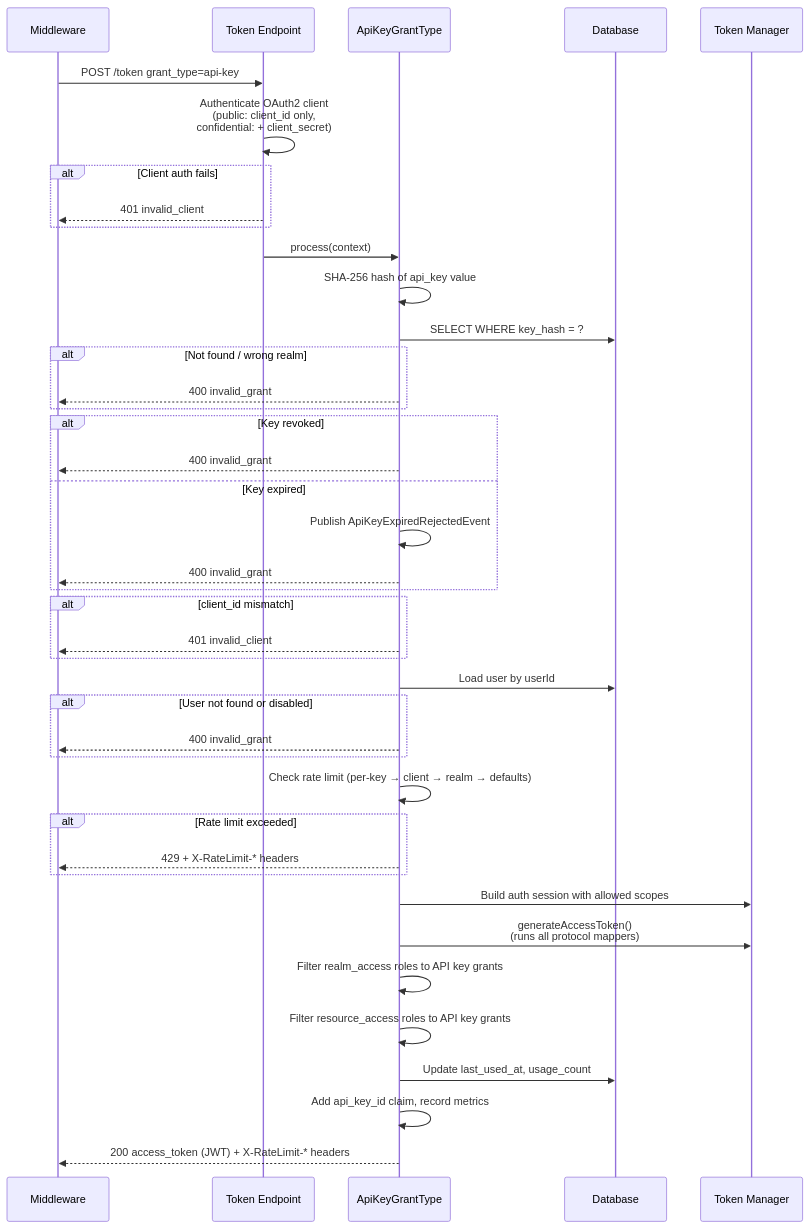
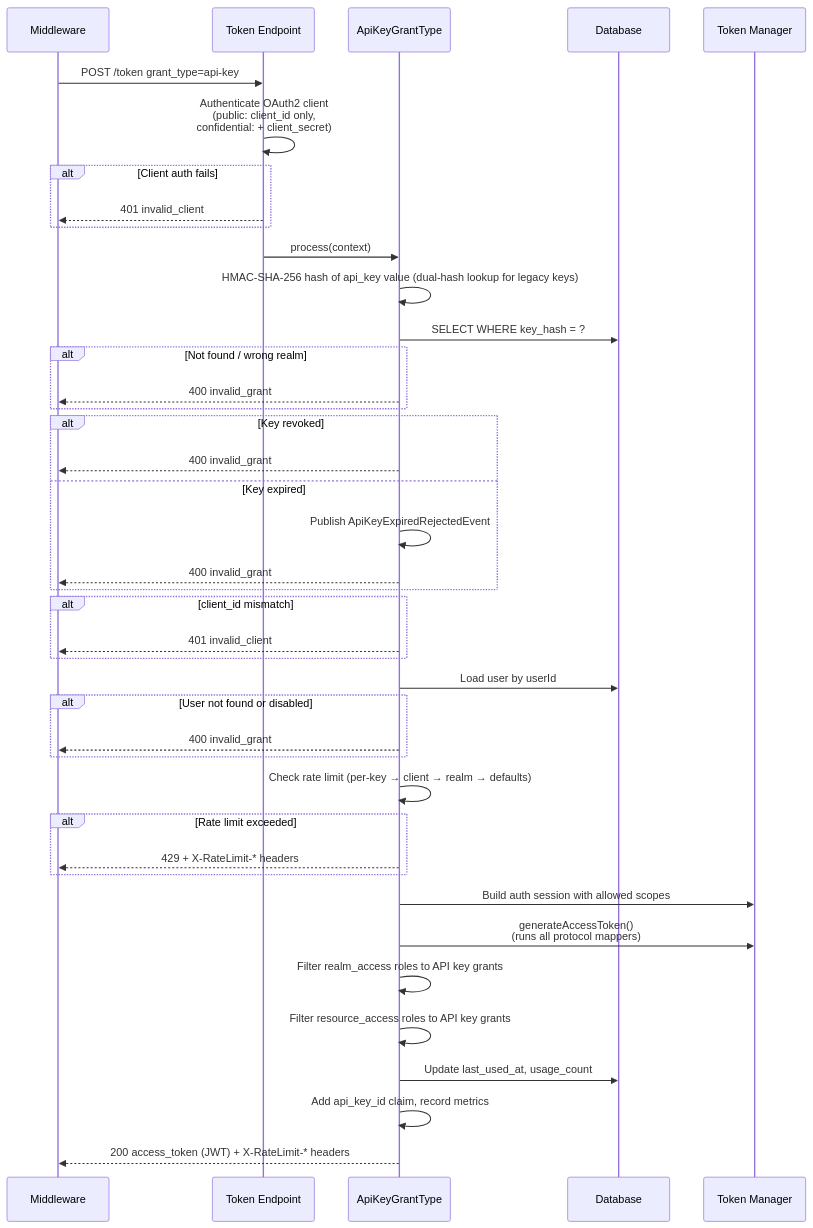
Before and after one commit to emdzej/keycloak-api-keys: the second of 2 diagrams in README.md, drawn with Mermaid. The commit also changed other lines of this file and 144 other files, not shown here.

````diff
--- a/README.md
+++ b/README.md
@@ -112,53 +115,53 @@
 ```mermaid
 sequenceDiagram
     participant M as Middleware
     participant T as Token Endpoint
     participant G as ApiKeyGrantType
     participant DB as Database
     participant TM as Token Manager
 
     M->>T: POST /token grant_type=api-key
 
     T->>T: Authenticate OAuth2 client<br/>(public: client_id only,<br/>confidential: + client_secret)
     alt Client auth fails
         T-->>M: 401 invalid_client
     end
 
     T->>G: process(context)
 
-    G->>G: SHA-256 hash of api_key value
+    G->>G: HMAC-SHA-256 hash of api_key value (dual-hash lookup for legacy keys)
     G->>DB: SELECT WHERE key_hash = ?
     alt Not found / wrong realm
         G-->>M: 400 invalid_grant
     end
 
     alt Key revoked
         G-->>M: 400 invalid_grant
     else Key expired
         G->>G: Publish ApiKeyExpiredRejectedEvent
         G-->>M: 400 invalid_grant
     end
 
     alt client_id mismatch
         G-->>M: 401 invalid_client
     end
 
     G->>DB: Load user by userId
     alt User not found or disabled
         G-->>M: 400 invalid_grant
     end
 
     G->>G: Check rate limit (per-key → client → realm → defaults)
     alt Rate limit exceeded
         G-->>M: 429 + X-RateLimit-* headers
     end
 
     G->>TM: Build auth session with allowed scopes
     G->>TM: generateAccessToken()<br/>(runs all protocol mappers)
     G->>G: Filter realm_access roles to API key grants
     G->>G: Filter resource_access roles to API key grants
     G->>DB: Update last_used_at, usage_count
     G->>G: Add api_key_id claim, record metrics
 
     G-->>M: 200 access_token (JWT) + X-RateLimit-* headers
 ```
````
